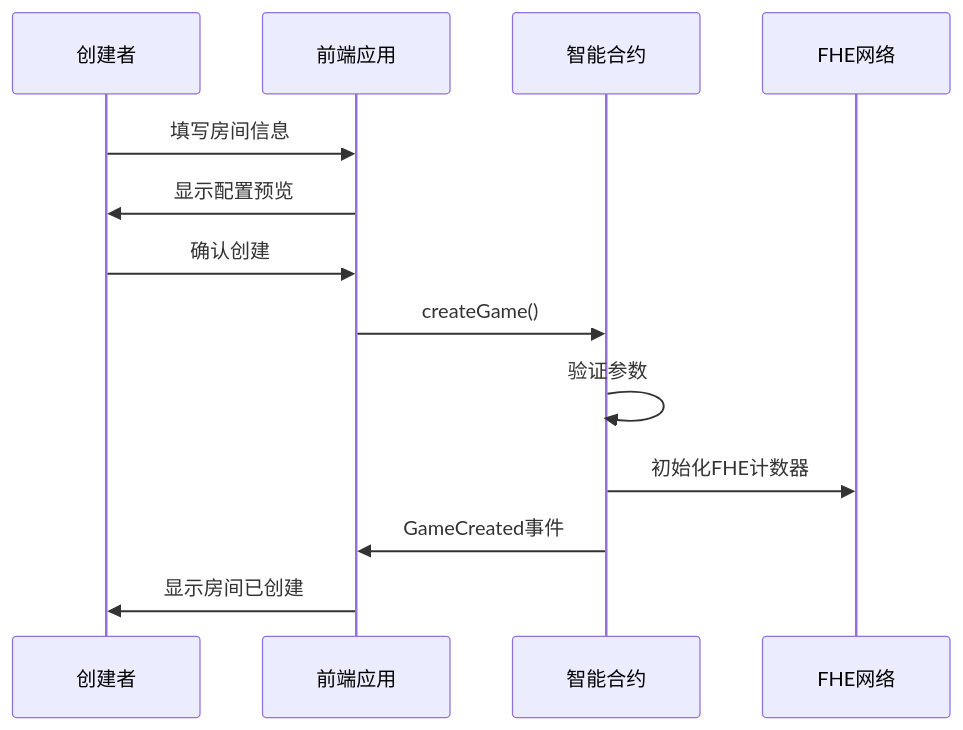
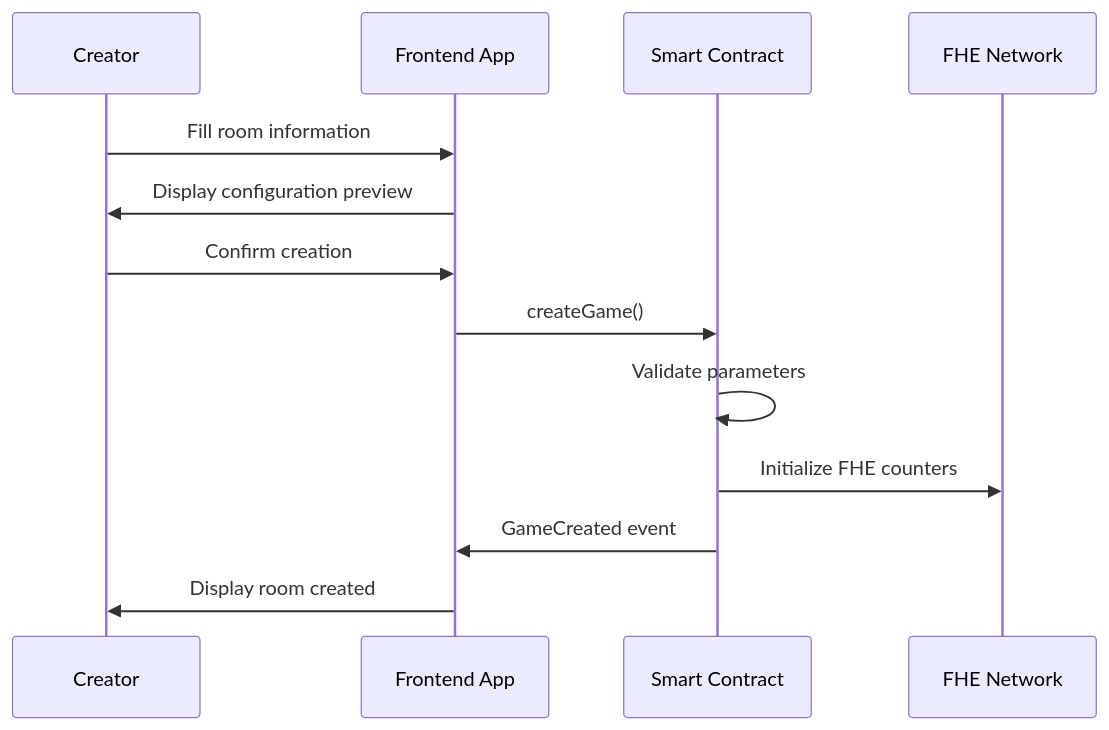
One commit to huaigu/number-verse-arena changed the first of 6 diagrams in docs/GAME_FLOW.md. Above: the diagram before and after it, drawn with Mermaid. The commit also changed other lines of this file and 6 other files, not shown here.

````diff
--- a/docs/GAME_FLOW.md
+++ b/docs/GAME_FLOW.md
@@ -37,16 +37,16 @@
 ```mermaid
 sequenceDiagram
-    participant Player as 创建者
-    participant Frontend as 前端应用
-    participant Contract as 智能合约
-    participant FHE as FHE网络
+    participant Player as Creator
+    participant Frontend as Frontend App
+    participant Contract as Smart Contract
+    participant FHE as FHE Network
 
-    Player->>Frontend: 填写房间信息
-    Frontend->>Player: 显示配置预览
-    Player->>Frontend: 确认创建
+    Player->>Frontend: Fill room information
+    Frontend->>Player: Display configuration preview
+    Player->>Frontend: Confirm creation
     Frontend->>Contract: createGame()
-    Contract->>Contract: 验证参数
-    Contract->>FHE: 初始化FHE计数器
-    Contract->>Frontend: GameCreated事件
-    Frontend->>Player: 显示房间已创建
+    Contract->>Contract: Validate parameters
+    Contract->>FHE: Initialize FHE counters
+    Contract->>Frontend: GameCreated event
+    Frontend->>Player: Display room created
 ```
````
